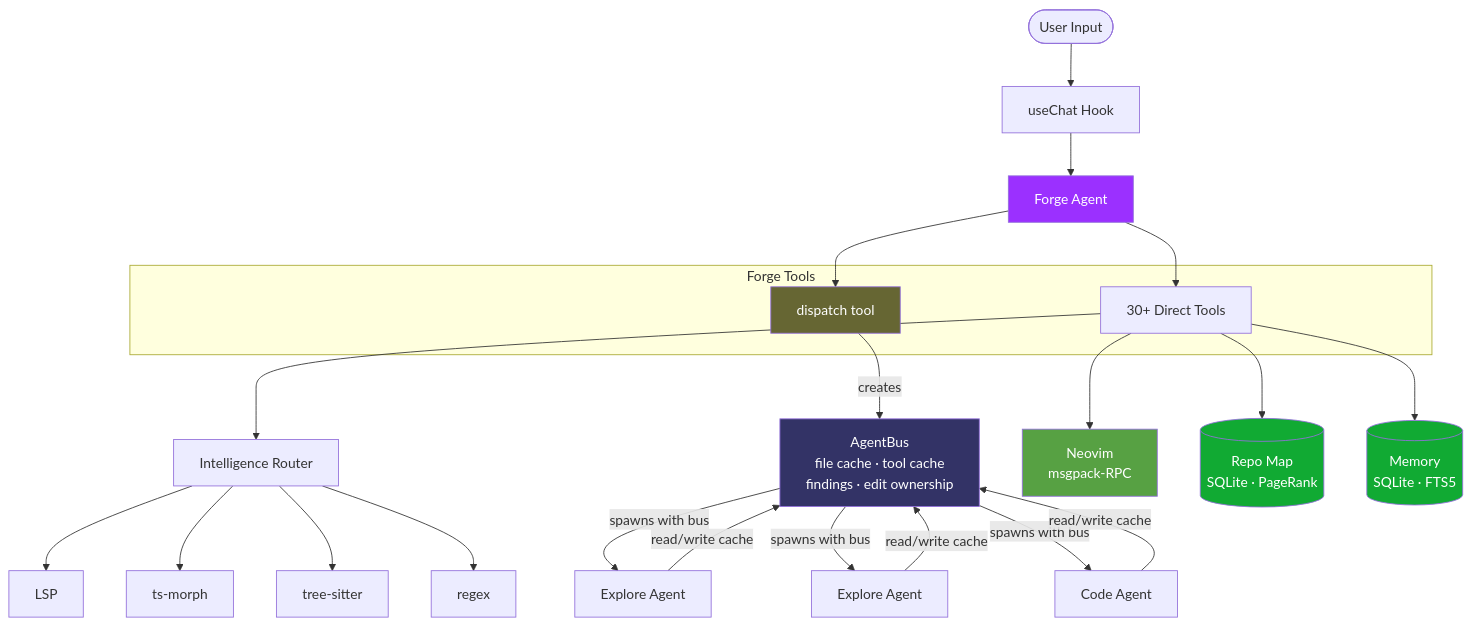
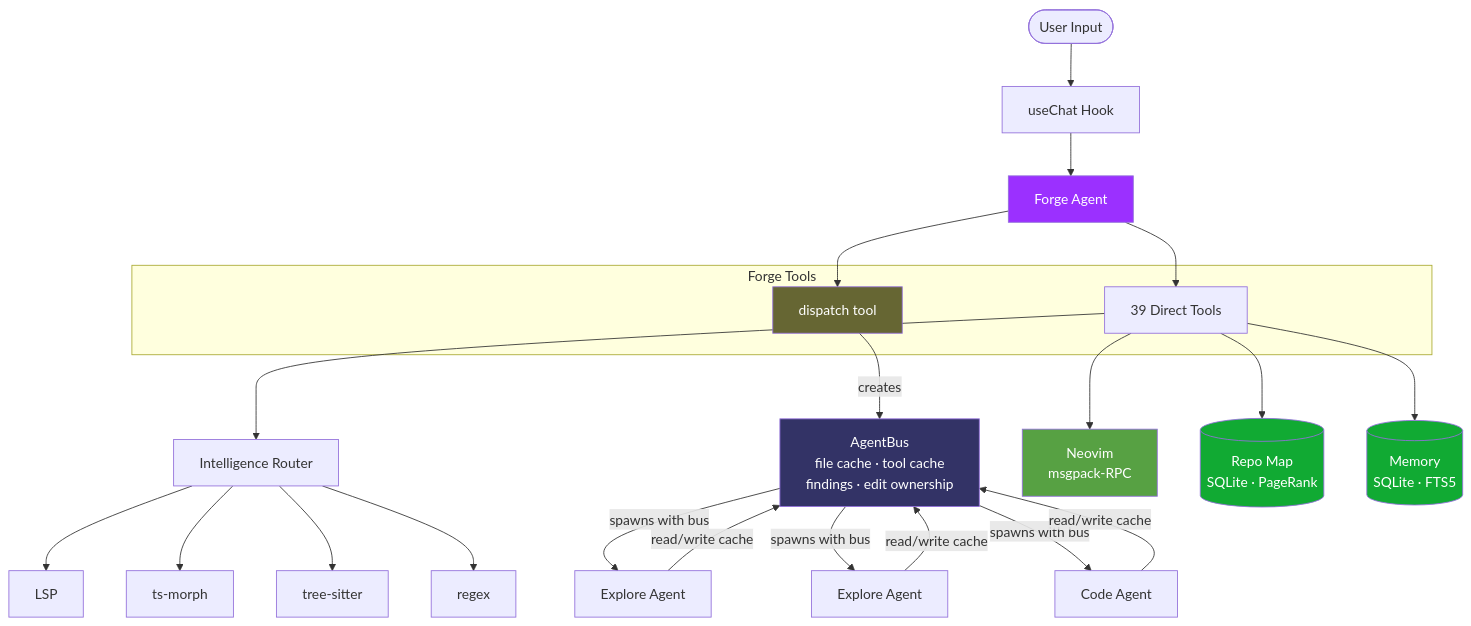
Before and after one commit to future3OOO/soulforge: the first of 5 diagrams in README.md, drawn with Mermaid. The commit also changed other lines of this file and 5 other files, not shown here.

````diff
--- a/README.md
+++ b/README.md
@@ -139,38 +139,38 @@
 ```mermaid
 graph TB
     User([User Input]) --> Chat[useChat Hook]
     Chat --> Forge[Forge Agent]
 
     subgraph Forge Tools
-        Tools[30+ Direct Tools]
+        Tools[39 Direct Tools]
         Dispatch[dispatch tool]
     end
 
     Forge --> Tools
     Forge --> Dispatch
 
     Dispatch --> |creates| Bus[AgentBus<br/>file cache · tool cache<br/>findings · edit ownership]
 
     Bus --> |spawns with bus| E1[Explore Agent]
     Bus --> |spawns with bus| E2[Explore Agent]
     Bus --> |spawns with bus| C[Code Agent]
 
     E1 & E2 & C --> |read/write cache| Bus
 
     Tools --> Intel[Intelligence Router]
     Tools --> Nvim[Neovim<br/>msgpack-RPC]
     Tools --> RepoMap[(Repo Map<br/>SQLite · PageRank)]
     Tools --> Mem[(Memory<br/>SQLite · FTS5)]
 
     Intel --> LSP[LSP]
     Intel --> TSM[ts-morph]
     Intel --> TS[tree-sitter]
     Intel --> Regex[regex]
 
     style Forge fill:#9B30FF,color:#fff
     style Bus fill:#336,color:#fff
     style Dispatch fill:#663,color:#fff
     style RepoMap fill:#1a3,color:#fff
     style Mem fill:#1a3,color:#fff
     style Nvim fill:#57A143,color:#fff
 ```
````
